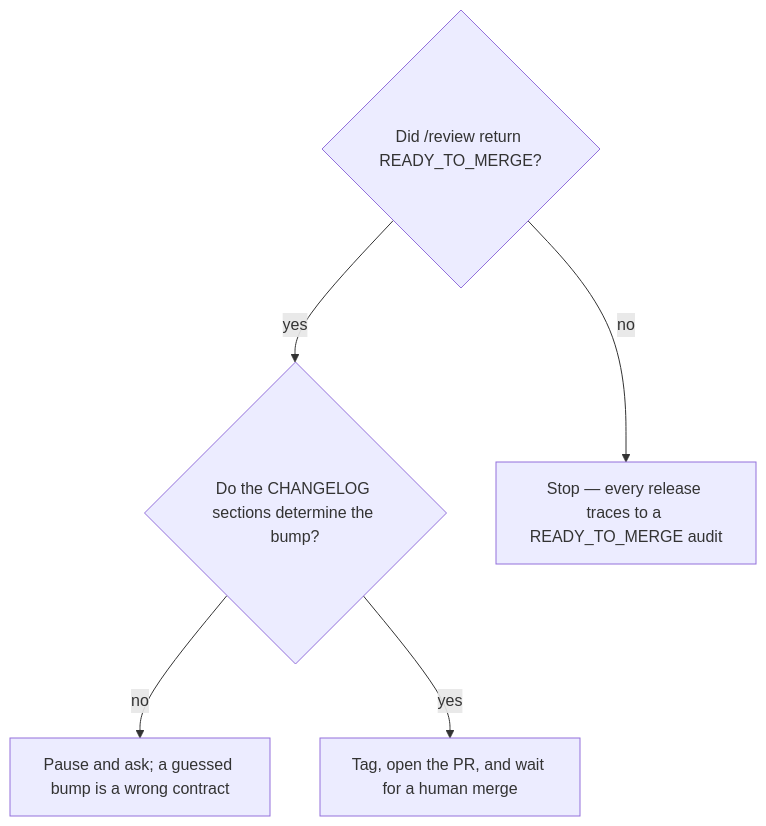
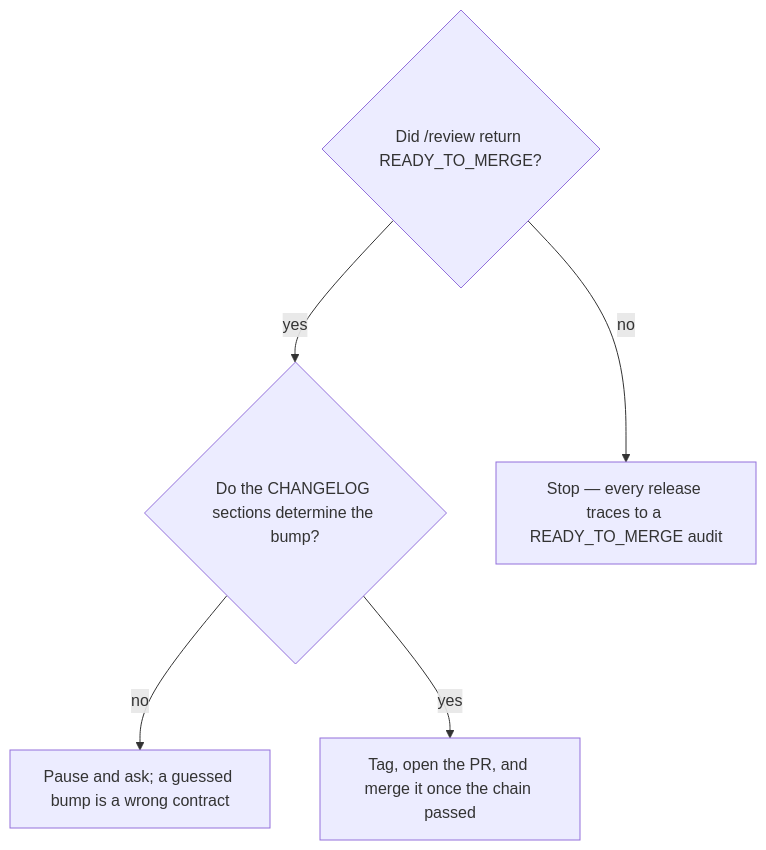
Before and after one commit to paulohenriquevn/squad: the diagram in skills/release/SOP.md, drawn with Mermaid. The commit also changed 23 other files, not shown here.

````diff
--- a/skills/release/SOP.md
+++ b/skills/release/SOP.md
@@ -55,9 +55,9 @@
 ```mermaid
 flowchart TD
     A{Did /review return READY_TO_MERGE?}
     B{Do the CHANGELOG sections determine the bump?}
     A -->|no| C[Stop — every release traces to a READY_TO_MERGE audit]
     A -->|yes| B
     B -->|no| D[Pause and ask; a guessed bump is a wrong contract]
-    B -->|yes| E[Tag, open the PR, and wait for a human merge]
+    B -->|yes| E[Tag, open the PR, and merge it once the chain passed]
 ```
````
